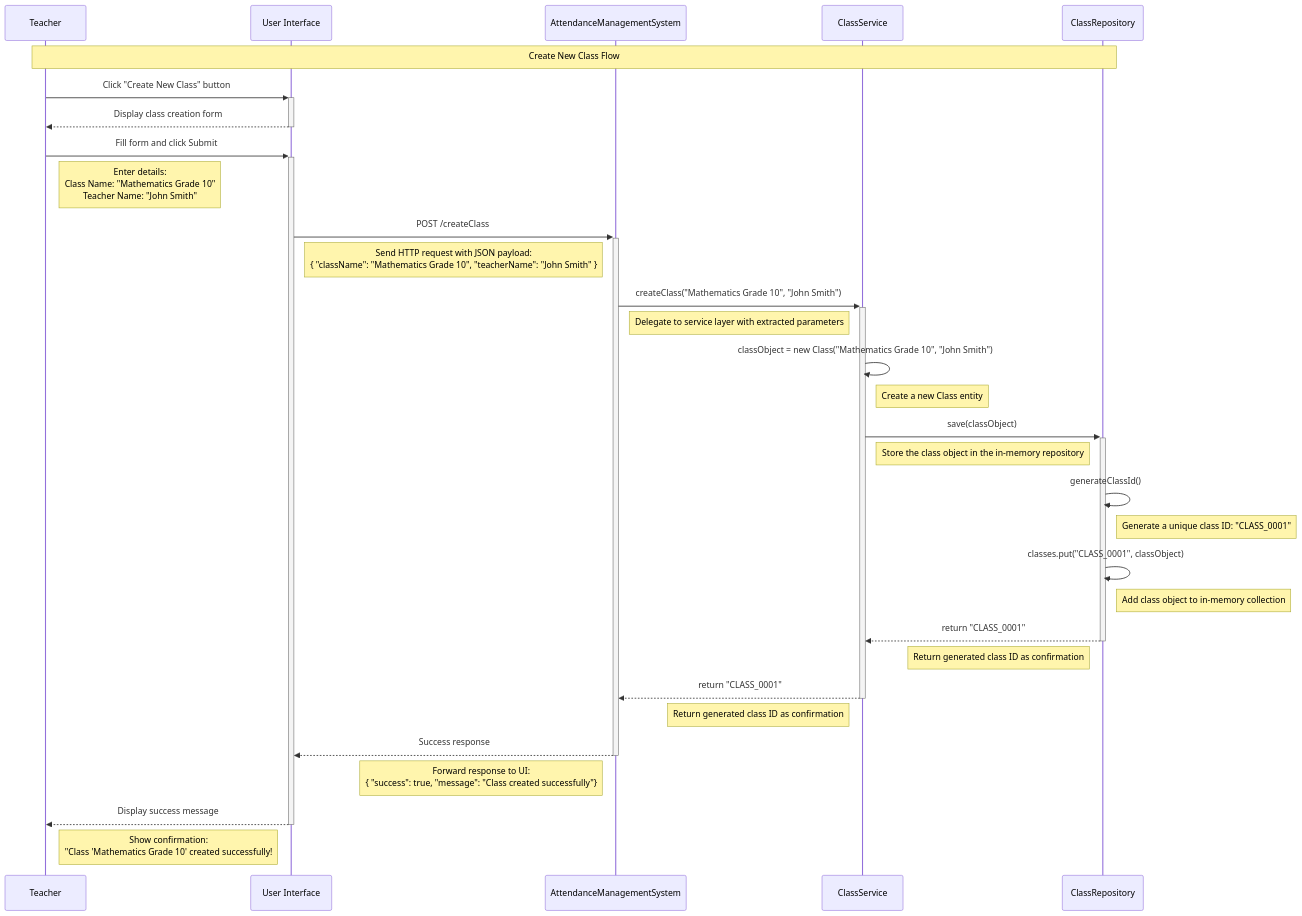
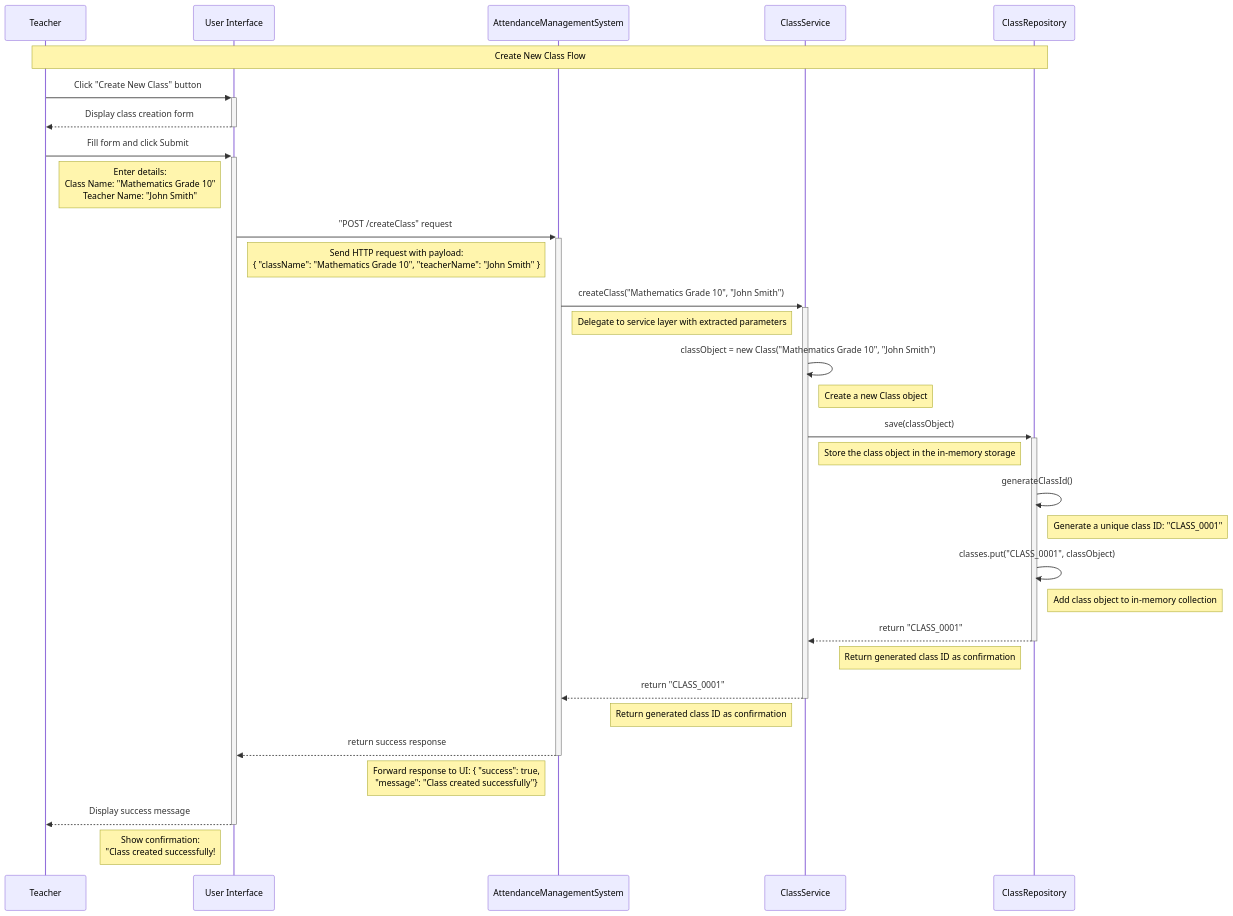
The diagram in Backend Engineering/Case Studies/Case Study 1. Attendance Management System/2. Sequence Flow.md (NishchayAnand/software-engineering), drawn with Mermaid before and after one commit. The commit also changed 1 other file, not shown here.

Commit message:
done understanding create class use case of attendance management system

````diff
--- a/Backend Engineering/Case Studies/Case Study 1. Attendance Management System/2. Sequence Flow.md
+++ b/Backend Engineering/Case Studies/Case Study 1. Attendance Management System/2. Sequence Flow.md
@@ -13,46 +13,46 @@
 ```mermaid
 sequenceDiagram
 	participant T as Teacher
 	participant UI as User Interface
 	participant AMS as AttendanceManagementSystem
 	participant CS as ClassService
 	participant CR as ClassRepository
 
 	Note over T,CR: Create New Class Flow
 
 	T->>+UI: Click "Create New Class" button
 	UI-->>-T: Display class creation form
 
 	T->>+UI: Fill form and click Submit
 	Note right of T: Enter details:<br/>Class Name: "Mathematics Grade 10"<br/>Teacher Name: "John Smith"
   
-	UI->>+AMS: POST /createClass
-	Note right of UI: Send HTTP request with JSON payload: <br/>{ "className": "Mathematics Grade 10", "teacherName": "John Smith" }
+	UI->>+AMS: "POST /createClass" request
+	Note right of UI: Send HTTP request with payload: <br/>{ "className": "Mathematics Grade 10", "teacherName": "John Smith" }
 
 	AMS->>+CS: createClass("Mathematics Grade 10", "John Smith")
 	Note right of AMS: Delegate to service layer with extracted parameters
 
 	CS->>CS: classObject = new Class("Mathematics Grade 10", "John Smith")
-	Note right of CS: Create a new Class entity
+	Note right of CS: Create a new Class object
 
 	CS->>+CR: save(classObject)
-	Note right of CS: Store the class object in the in-memory repository
+	Note right of CS: Store the class object in the in-memory storage
 
 	CR->>CR: generateClassId()
 	Note right of CR: Generate a unique class ID: "CLASS_0001"
 	
 	CR->>CR: classes.put("CLASS_0001", classObject)
 	Note right of CR: Add class object to in-memory collection
 
 	CR-->>-CS: return "CLASS_0001"
 	Note left of CR: Return generated class ID as confirmation
 
 	CS-->>-AMS: return "CLASS_0001"
 	Note left of CS: Return generated class ID as confirmation
 
-	AMS-->>-UI: Success response
-	Note left of AMS: Forward response to UI: <br/> { "success": true, "message": "Class created successfully"}
+	AMS-->>-UI: return success response
+	Note left of AMS: Forward response to UI: { "success": true, <br/> "message": "Class created successfully"}
 
 	UI-->>-T: Display success message
-	Note left of UI: Show confirmation:<br/>"Class 'Mathematics Grade 10' created successfully!
+	Note left of UI: Show confirmation:<br/>"Class created successfully!
 ```
````
